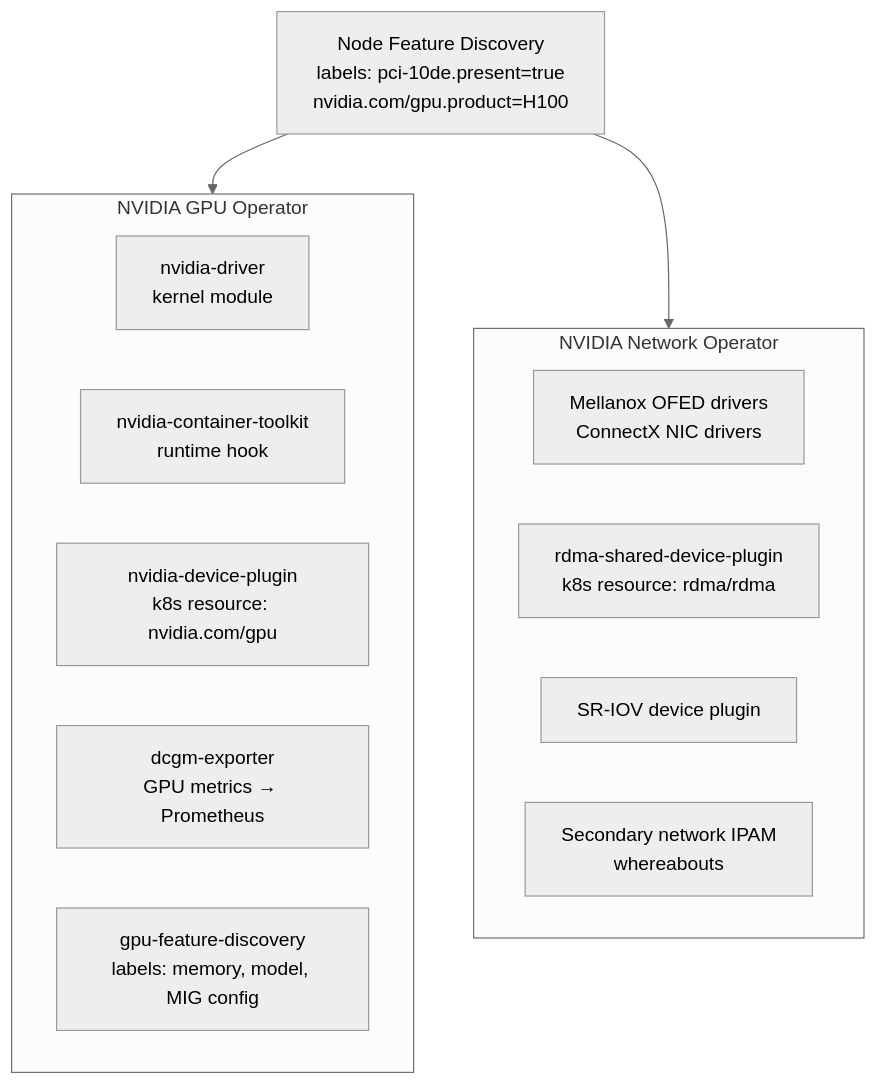
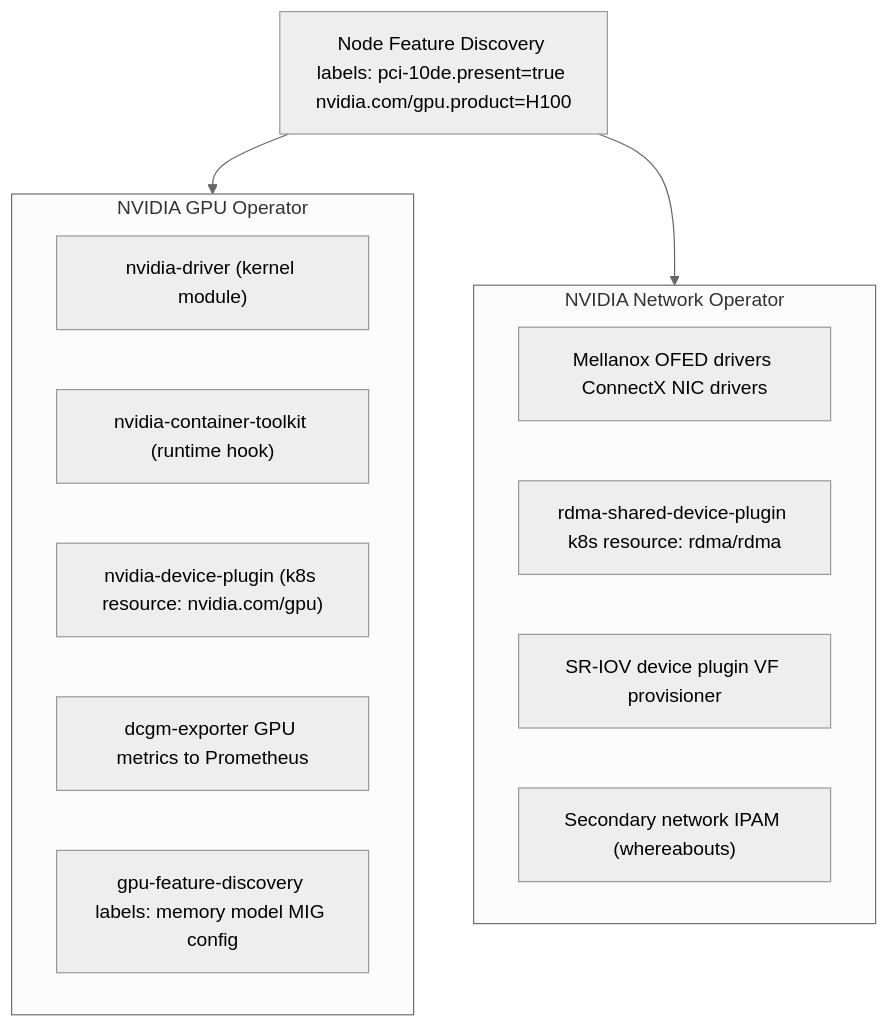
Before and after one commit to MykolaLebid/Kubernetes_networking_engineering: the fourth of 4 diagrams in lessons/34-ai-platform-networking.md, drawn with Mermaid (neutral theme). The commit also changed other lines of this file and 35 other files, not shown here.

First line of the commit message:
Restructure all 34 lessons: Theory/Practice split, richer diagrams, industry examples, navigation

````diff
--- a/lessons/34-ai-platform-networking.md
+++ b/lessons/34-ai-platform-networking.md
@@ -331,18 +322,18 @@
 ```mermaid
 flowchart TD
-    NFD[Node Feature Discovery\nlabels: pci-10de.present=true\nnvidia.com/gpu.product=H100] --> GPUOp
+    NFD["Node Feature Discovery labels: pci-10de.present=true nvidia.com/gpu.product=H100"] --> GPUOp
     NFD --> NetOp
     subgraph GPUOp["NVIDIA GPU Operator"]
-        DRV[nvidia-driver\nkernel module]
-        CTK[nvidia-container-toolkit\nruntime hook]
-        DP[nvidia-device-plugin\nk8s resource: nvidia.com/gpu]
-        DCGM[dcgm-exporter\nGPU metrics → Prometheus]
-        GFD[gpu-feature-discovery\nlabels: memory, model, MIG config]
+        DRV["nvidia-driver (kernel module)"]
+        CTK["nvidia-container-toolkit (runtime hook)"]
+        DP["nvidia-device-plugin (k8s resource: nvidia.com/gpu)"]
+        DCGM["dcgm-exporter GPU metrics to Prometheus"]
+        GFD["gpu-feature-discovery labels: memory model MIG config"]
     end
     subgraph NetOp["NVIDIA Network Operator"]
-        OFED[Mellanox OFED drivers\nConnectX NIC drivers]
-        RDMA[rdma-shared-device-plugin\nk8s resource: rdma/rdma]
-        SRIOV[SR-IOV device plugin]
-        WA[Secondary network IPAM\nwhereabouts]
+        OFED["Mellanox OFED drivers ConnectX NIC drivers"]
+        RDMA["rdma-shared-device-plugin k8s resource: rdma/rdma"]
+        SRIOV["SR-IOV device plugin VF provisioner"]
+        WA["Secondary network IPAM (whereabouts)"]
     end
 ```
````
